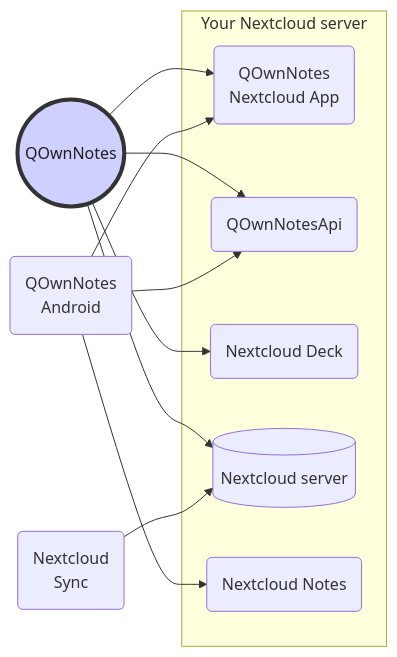
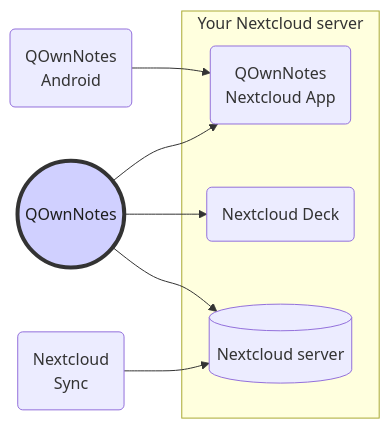
Before and after one commit to pbek/QOwnNotes: the third of 4 diagrams in webpage/src/getting-started/concept.md, drawn with Mermaid. The commit also changed other lines of this file and 1 other file, not shown here.

Commit message:
webpage: remove Nextcloud Notes and QOwnNotesAPI from concept page

````diff
--- a/webpage/src/getting-started/concept.md
+++ b/webpage/src/getting-started/concept.md
@@ -88,28 +81,21 @@
 ```mermaid mobile
 graph LR
     qon((QOwnNotes))-->qon-nc
-    qon-->qon-api
     qon-->nc-deck-app
     qon-->ncs
     qon-mob("QOwnNotes<br>Android")-->qon-nc
-    qon-mob-->qon-api
-    qon-mob-->nc-notes-app
     sync("Nextcloud<br>Sync")-->ncs
     subgraph server [Your Nextcloud server]
         qon-nc("QOwnNotes<br>Nextcloud App")
-        qon-api("QOwnNotesApi")
-        nc-notes-app("Nextcloud Notes")
         nc-deck-app("Nextcloud Deck")
         ncs[("Nextcloud server")]
     end
 
     style qon fill:#d0d0ff,stroke:#333,stroke-width:4px,color:#1f1f1f
     click qon "/getting-started/concept.html#qownnotes" "QOwnNotes Desktop Application for managing your notes on your desktop computer"
     click sync "/getting-started/concept.html#nextcloud-desktop-sync-client" "Nextcloud desktop sync client to sync your notes to your server"
     click ncs "/getting-started/concept.html#nextcloud-server" "Nextcloud server to host your notes and other files"
     click qon-nc "/getting-started/concept.html#qownnotes-nextcloud-app" "QOwnNotes Nextcloud App to edit your notes in the web and to provide the APIs for QOwnNotes Desktop and Android"
-    click qon-api "/getting-started/concept.html#qownnotesapi-nextcloud-app" "QOwnNotesAPI Nextcloud app to access your server-side trash and note versions"
-    click nc-notes-app "/getting-started/concept.html#nextcloud-notes-server-app" "Nextcloud Notes server app to manage your notes in the web"
     click qon-mob "/getting-started/concept.html#qownnotes-android" "QOwnNotes Android, an offline-capable Markdown notes app for Android"
     click nc-deck-app "/getting-started/concept.html#nextcloud-deck-server-app" "Nextcloud Deck server app to manage reminders and todo lists in the web"
 ```
````
